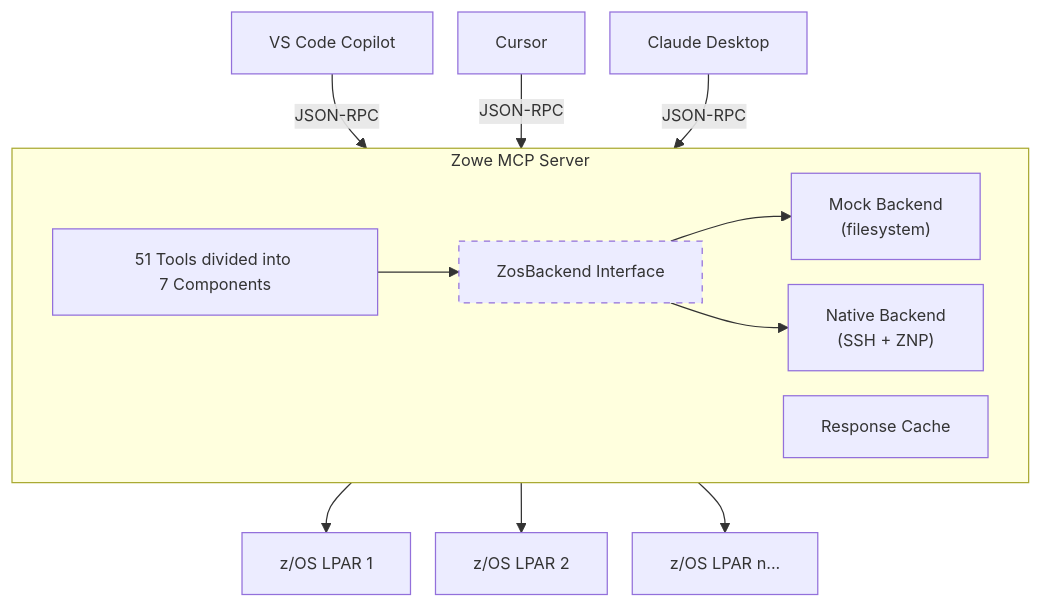
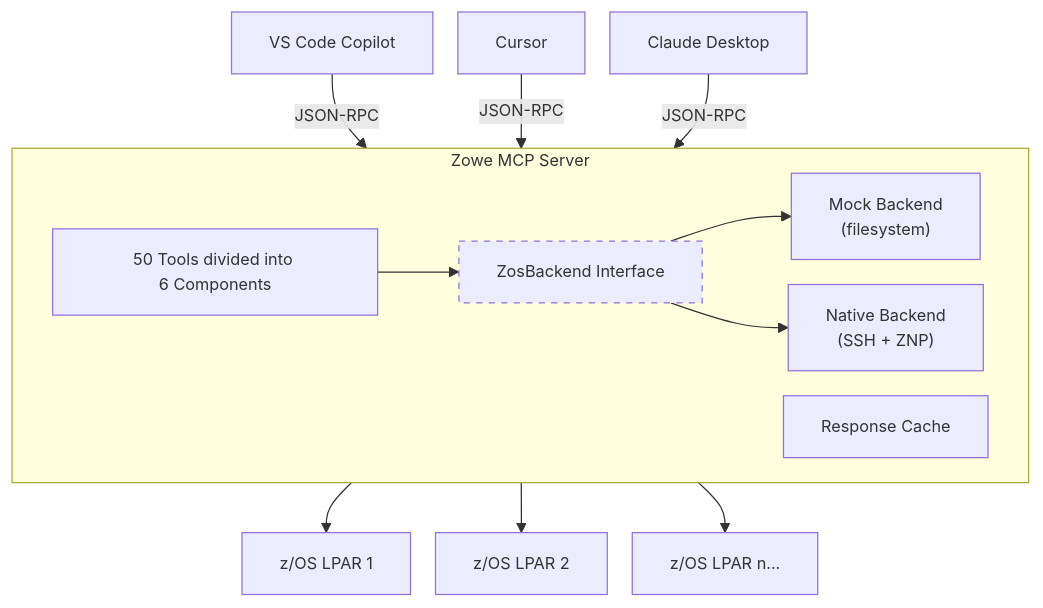
The first of 2 diagrams in presentations/zowe-mcp/slides.md (zowe/zowe-mcp), drawn with Mermaid before and after one commit. The commit also changed other lines of this file and 14 other files, not shown here.

````diff
--- a/presentations/zowe-mcp/slides.md
+++ b/presentations/zowe-mcp/slides.md
@@ -194,30 +196,30 @@
 ```mermaid {scale: 0.8}
 ---
 config:
   flowchart:
     nodeSpacing: 20
     rankSpacing: 40
   themeVariables:
     fontSize: 13px
 ---
 flowchart TD
   Copilot["VS Code Copilot"] & CursorAI["Cursor"] & Claude["Claude Desktop"]
   Copilot & CursorAI & Claude -->|"JSON-RPC"| Server
 
   subgraph Server ["Zowe MCP Server"]
     direction LR
-    Tools["51 Tools divided into 7&nbsp;Components"]
+    Tools["50 Tools divided into 6&nbsp;Components"]
     Cache["Response Cache"]
     Tools --> ZosBackendInterface
     ZosBackendInterface["ZosBackend Interface"]
     ZosBackendInterface --> Mock["Mock Backend<br/>(filesystem)"]
     ZosBackendInterface --> Native["Native Backend<br/>(SSH + ZNP)"]
   end
 
   classDef dottedStyle stroke-dasharray: 5 5
   class ZosBackendInterface dottedStyle
 
   Native --> zOS1["z/OS LPAR 1"]
   Native --> zOS2["z/OS LPAR 2"]
   Native --> zOS3["z/OS LPAR n..."]
 ```
````
